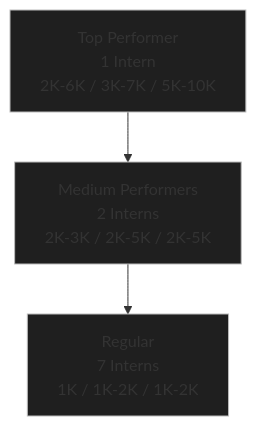
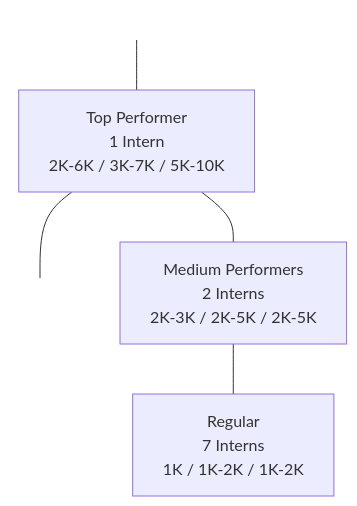
Before and after one commit to kactlabs/wiki: the diagram in intern-payment-structure.mmd, drawn with Mermaid. The commit also changed 2 other files, not shown here.

```diff
--- a/intern-payment-structure.mmd
+++ b/intern-payment-structure.mmd
@@ -1,14 +1,17 @@
-graph TD
+flowchart TB
+
+    %% Invisible nodes for spacing
+    X1[ ]:::invisible
+    X2[ ]:::invisible
 
     A[Top Performer<br/>1 Intern<br/>2K-6K / 3K-7K / 5K-10K]
 
-    B1[Medium Performers<br/>2 Interns<br/>2K-3K / 2K-5K / 2K-5K]
+    B[Medium Performers<br/>2 Interns<br/>2K-3K / 2K-5K / 2K-5K]
 
-    C1[Regular<br/>7 Interns<br/>1K / 1K-2K / 1K-2K]
+    C[Regular<br/>7 Interns<br/>1K / 1K-2K / 1K-2K]
 
-    A --> B1
-    B1 --> C1
+    X1 --- A --- X2
+    A --- B
+    B --- C
 
-    style A fill:#1f1f1f,stroke:#bbb,stroke-width:1px
-    style B1 fill:#1f1f1f,stroke:#bbb,stroke-width:1px
-    style C1 fill:#1f1f1f,stroke:#bbb,stroke-width:1px
+    classDef invisible fill:transparent,stroke:transparent;
```
